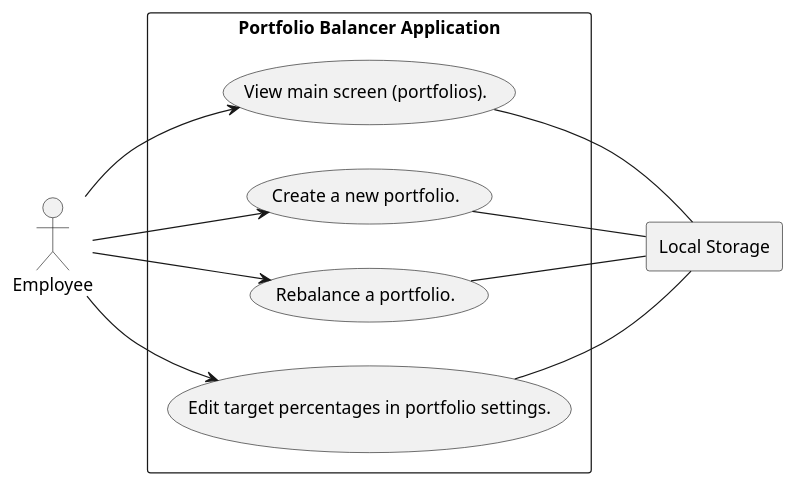
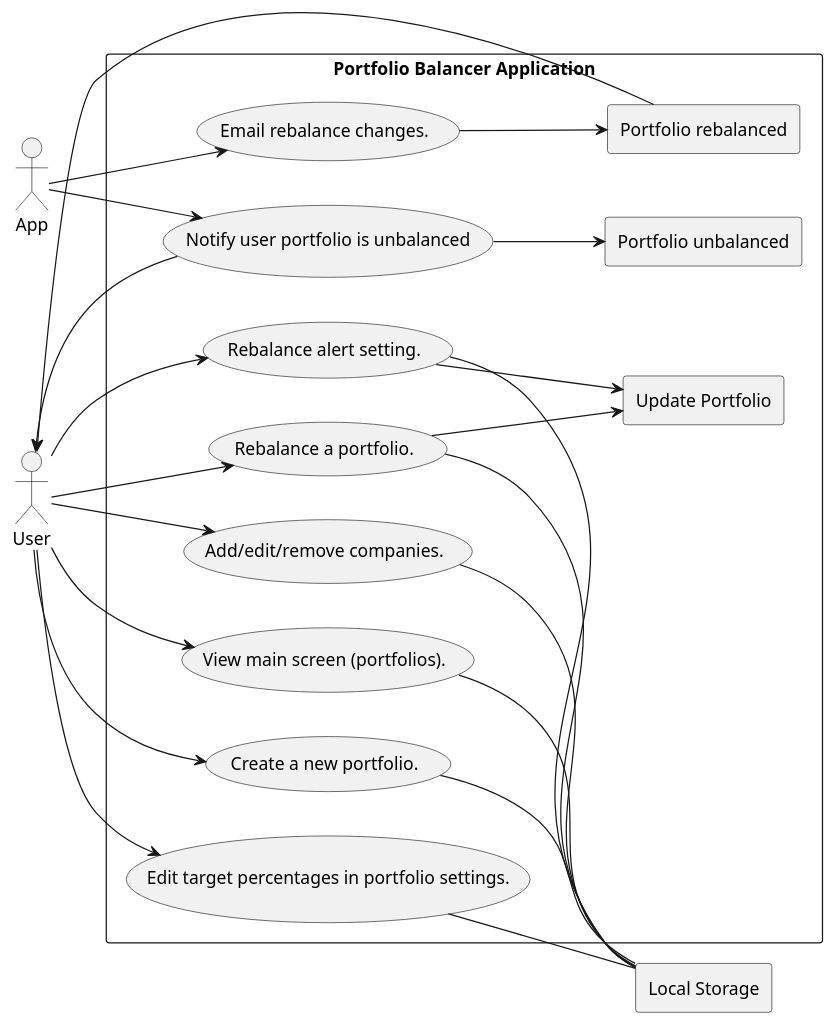
Before and after one commit to benhasselgren/portfolio-balancer: the diagram in use-cases/portfolio-balancer.puml, drawn with PlantUML.

Commit message:
updated use case diagram with new use cases

```diff
--- a/use-cases/portfolio-balancer.puml
+++ b/use-cases/portfolio-balancer.puml
@@ -1,24 +1,45 @@
 @startuml
 'default
 left to right direction
-actor Employee
+actor User
+actor App
 rectangle ls as "Local Storage"
 
 rectangle "Portfolio Balancer Application" {
+
+    rectangle up as "Update Portfolio"
+    rectangle cp as "Portfolio unbalanced"
+    rectangle pr as "Portfolio rebalanced"
 
     usecase UC1 as "View main screen (portfolios)."
     usecase UC2 as "Create a new portfolio."
     usecase UC3 as "Rebalance a portfolio."
     usecase UC4 as "Edit target percentages in portfolio settings."
+    usecase UC5 as "Add/edit/remove companies."
+    usecase UC6 as "Rebalance alert setting."
+    usecase UC7 as "Notify user portfolio is unbalanced"
+    usecase UC8 as "Email rebalance changes."
 
 
-    Employee --> UC1
+    UC3 --> up
+    UC6 --> up
+    UC7 --> cp
+    User --> UC1
     UC1 -- ls
-    Employee --> UC2
+    User --> UC2
     UC2 -- ls
-    Employee --> UC3
+    User --> UC3
     UC3 -- ls
-    Employee --> UC4
+    User --> UC4
     UC4 -- ls
+    User --> UC5
+    UC5 -- ls
+    User --> UC6
+    UC6 --ls
+    App --> UC7
+    UC7 --> User
+    App --> UC8
+    UC8 --> pr
+    pr --> User
 }
 @enduml
```
